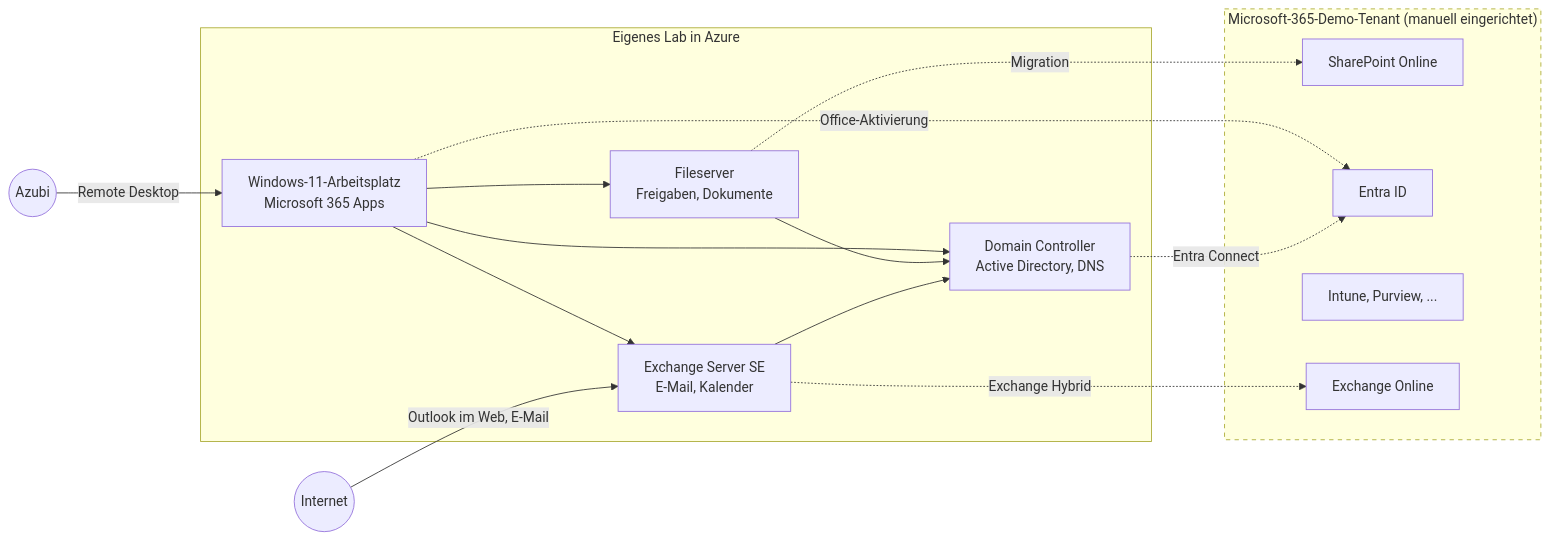
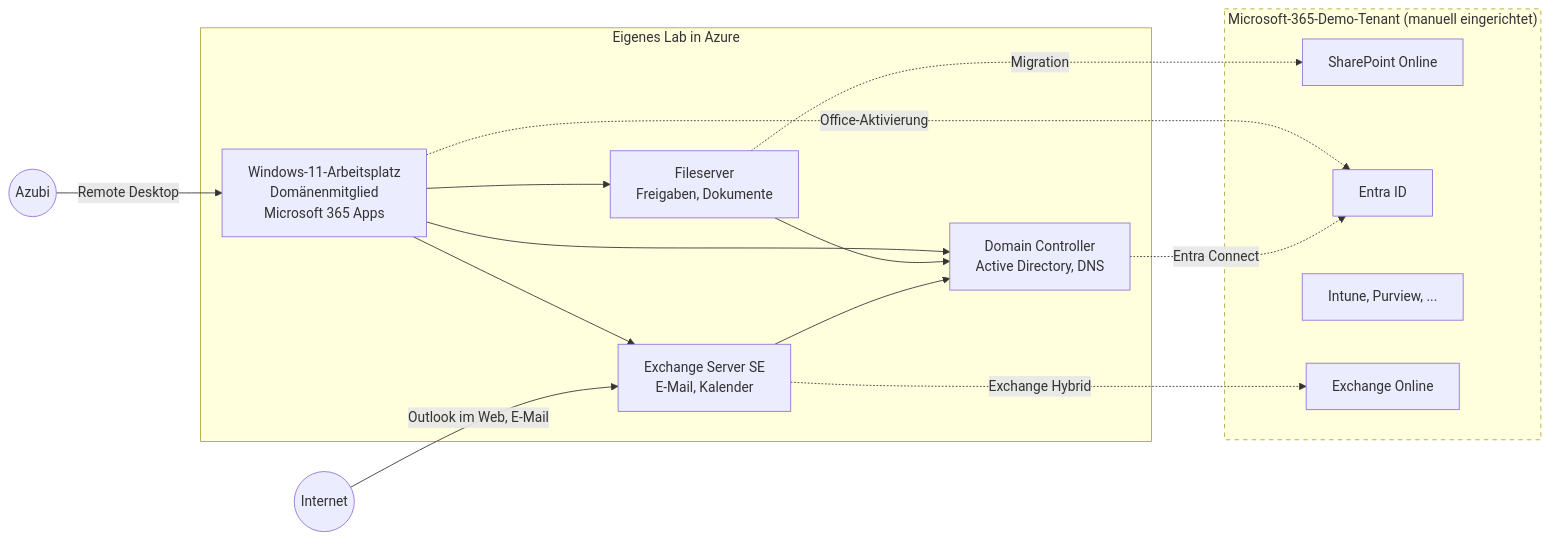
Before and after one commit to sredlin/TraineeLab: the second of 2 diagrams in readme.md, drawn with Mermaid. The commit also changed other lines of this file, not shown here.

Commit message:
docs(readme): mark the Windows 11 workstation as domain-joined

````diff
--- a/readme.md
+++ b/readme.md
@@ -215,27 +215,27 @@
 ```mermaid
 flowchart LR
     subgraph LAB[Eigenes Lab in Azure]
-        CL[Windows-11-Arbeitsplatz<br/>Microsoft 365 Apps]
+        CL[Windows-11-Arbeitsplatz<br/>Domänenmitglied<br/>Microsoft 365 Apps]
         FS[Fileserver<br/>Freigaben, Dokumente]
         DC[Domain Controller<br/>Active Directory, DNS]
         EX[Exchange Server SE<br/>E-Mail, Kalender]
         CL --> FS
         CL --> DC
         CL --> EX
         FS --> DC
         EX --> DC
     end
     subgraph M365["Microsoft-365-Demo-Tenant (manuell eingerichtet)"]
         SPO[SharePoint Online]
         ENTRA[Entra ID]
         MORE["Intune, Purview, ..."]
         EXO[Exchange Online]
     end
     AZUBI((Azubi)) -->|Remote Desktop| CL
     INTERNET((Internet)) -->|Outlook im Web, E-Mail| EX
     FS -.->|Migration| SPO
     CL -.->|Office-Aktivierung| ENTRA
     DC -.->|Entra Connect| ENTRA
     EX -.->|Exchange Hybrid| EXO
     style M365 stroke-dasharray: 5 5
 ```
````
